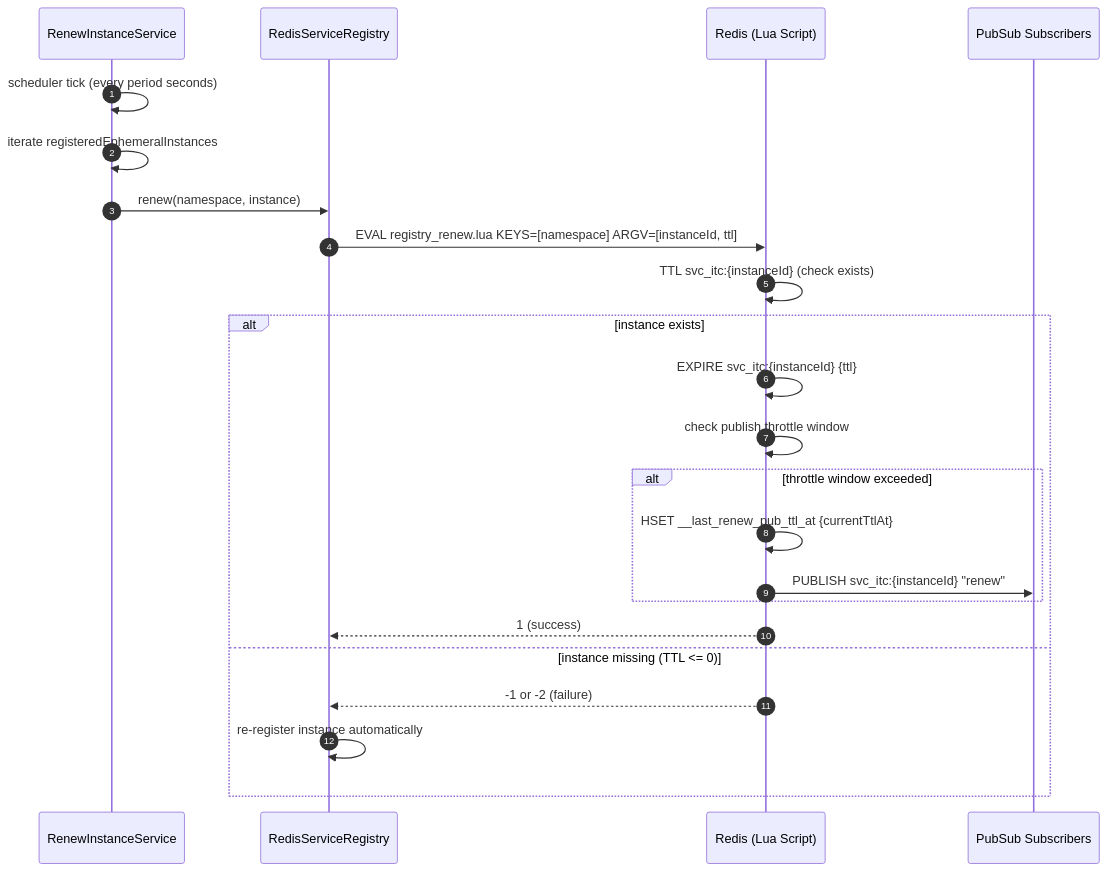
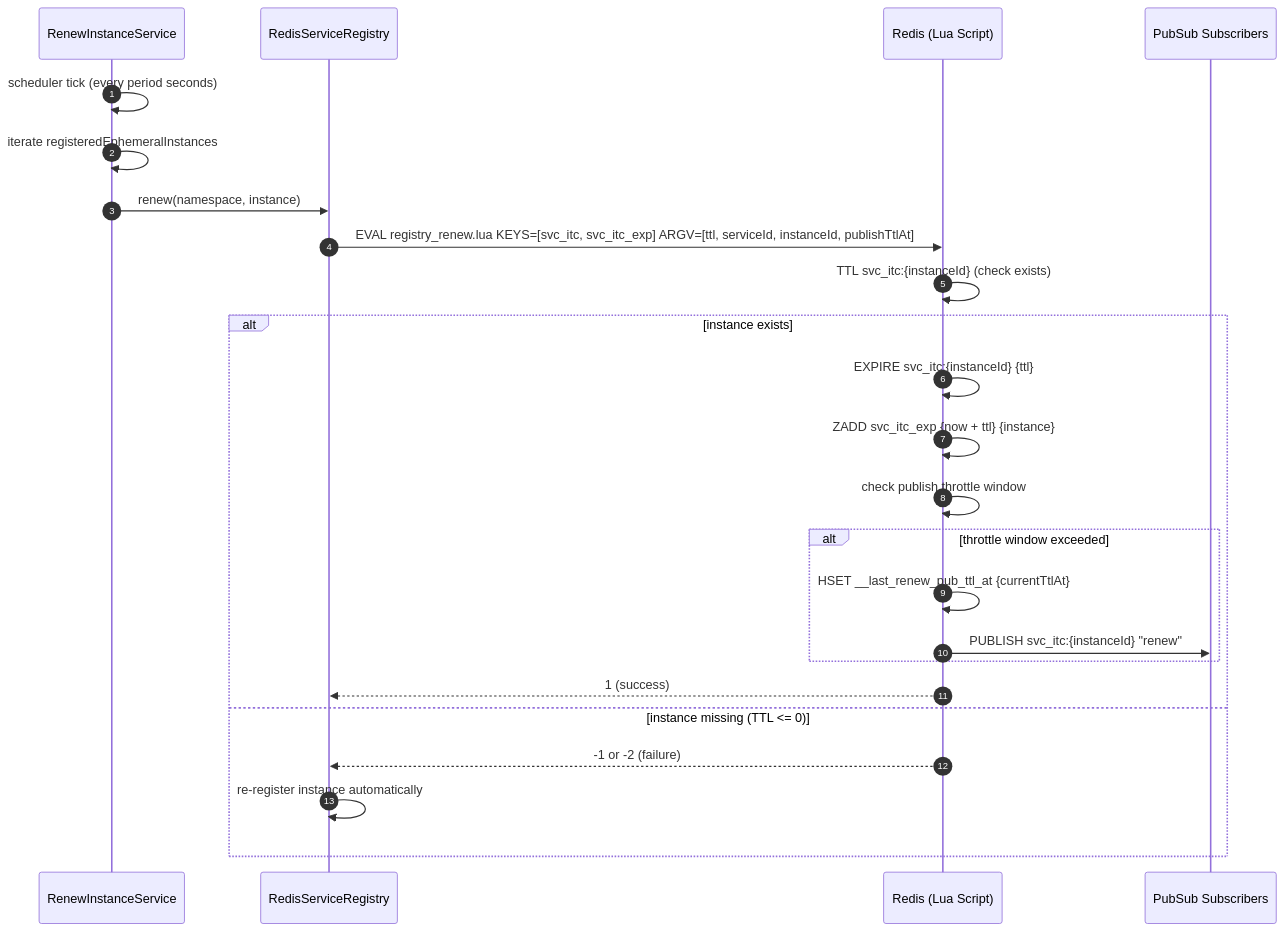
One commit to Ahoo-Wang/CoSky changed the second of 4 diagrams in wiki/guide/service-registry.md. Above: the diagram before and after it, drawn with Mermaid. The commit also changed other lines of this file and 201 other files, not shown here.

First line of the commit message:
Architecture & quality overhaul: consistent caches, Lua modularization, expiry reaping, security hardening (#985)

````diff
--- a/wiki/guide/service-registry.md
+++ b/wiki/guide/service-registry.md
@@ -147,26 +155,27 @@
 ```mermaid
 sequenceDiagram
     autonumber
     participant RS as RenewInstanceService
     participant SR as RedisServiceRegistry
     participant Redis as Redis (Lua Script)
     participant Sub as PubSub Subscribers
 
     RS->>RS: scheduler tick (every period seconds)
     RS->>RS: iterate registeredEphemeralInstances
     RS->>SR: renew(namespace, instance)
-    SR->>Redis: EVAL registry_renew.lua KEYS=[namespace] ARGV=[instanceId, ttl]
+    SR->>Redis: EVAL registry_renew.lua KEYS=[svc_itc, svc_itc_exp] ARGV=[ttl, serviceId, instanceId, publishTtlAt]
     Redis->>Redis: TTL svc_itc:{instanceId} (check exists)
     alt instance exists
         Redis->>Redis: EXPIRE svc_itc:{instanceId} {ttl}
+        Redis->>Redis: ZADD svc_itc_exp {now + ttl} {instance}
         Redis->>Redis: check publish throttle window
         alt throttle window exceeded
             Redis->>Redis: HSET __last_renew_pub_ttl_at {currentTtlAt}
             Redis->>Sub: PUBLISH svc_itc:{instanceId} "renew"
         end
         Redis-->>SR: 1 (success)
     else instance missing (TTL <= 0)
         Redis-->>SR: -1 or -2 (failure)
         SR->>SR: re-register instance automatically
     end
 ```
````
